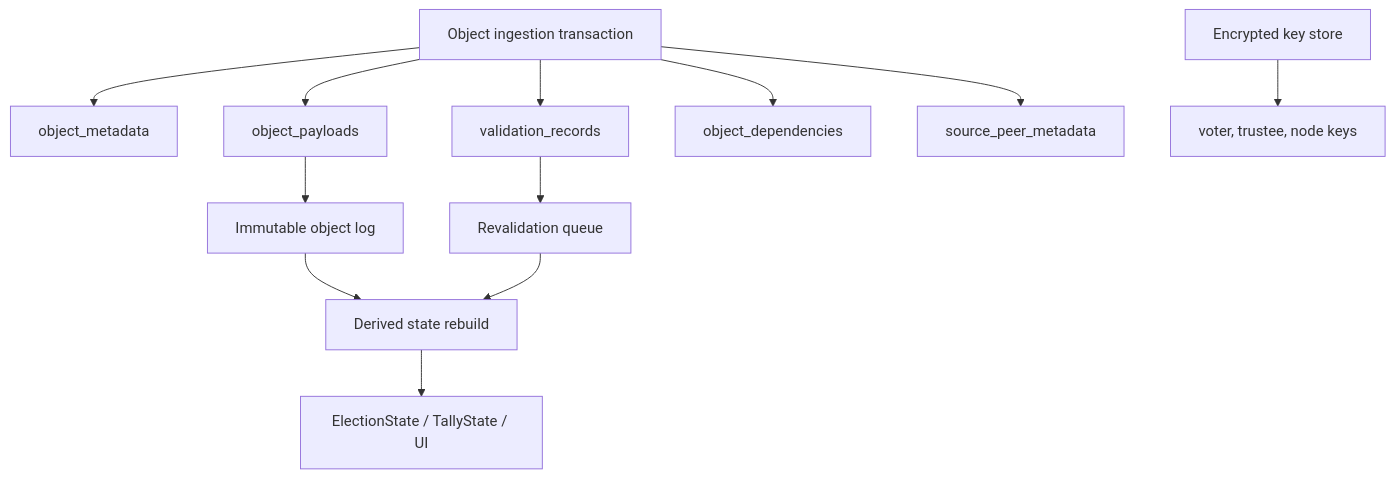
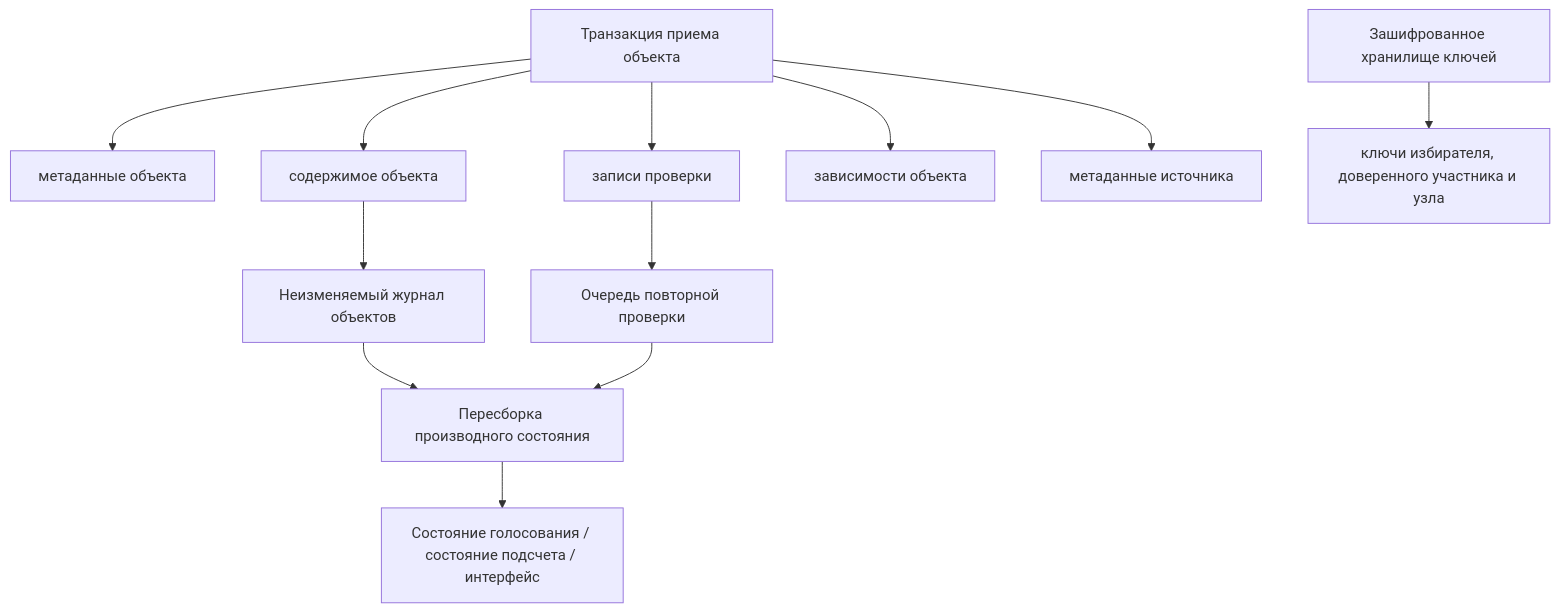
The seventh of 17 diagrams in librevote-presentation-ru.md (arshtanko/librevote), drawn with Mermaid before and after one commit. The commit also changed other lines of this file, not shown here.

````diff
--- a/librevote-presentation-ru.md
+++ b/librevote-presentation-ru.md
@@ -194,16 +220,16 @@
 ```mermaid
 flowchart TB
-  A[Object ingestion transaction] --> B[object_metadata]
-  A --> C[object_payloads]
-  A --> D[validation_records]
-  A --> E[object_dependencies]
-  A --> F[source_peer_metadata]
+  A[Транзакция приема объекта] --> B[метаданные объекта]
+  A --> C[содержимое объекта]
+  A --> D[записи проверки]
+  A --> E[зависимости объекта]
+  A --> F[метаданные источника]
 
-  C --> G[Immutable object log]
-  D --> H[Revalidation queue]
-  G --> I[Derived state rebuild]
+  C --> G[Неизменяемый журнал объектов]
+  D --> H[Очередь повторной проверки]
+  G --> I[Пересборка производного состояния]
   H --> I
-  I --> J[ElectionState / TallyState / UI]
+  I --> J[Состояние голосования / состояние подсчета / интерфейс]
 
-  K[Encrypted key store] --> L[voter, trustee, node keys]
+  K[Зашифрованное хранилище ключей] --> L[ключи избирателя, доверенного участника и узла]
 ```
````
